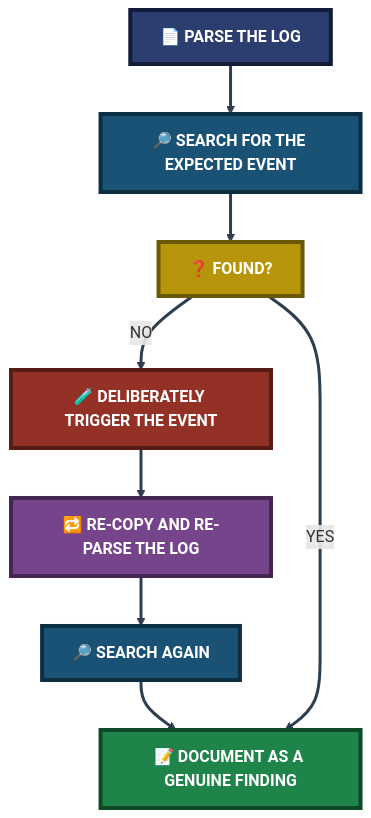
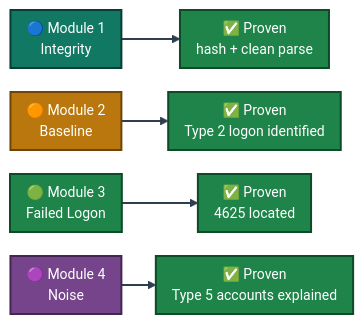
One commit to malaika-azhar/Cybersecurity-Lab-Projects changed the second of 2 diagrams in 3-Advanced-Cyber-Projects/project-14-windows-event-log-analysis/README.md. Above: the diagram before and after it, drawn with Mermaid. The commit also changed other lines of this file, not shown here.

````diff
--- a/3-Advanced-Cyber-Projects/project-14-windows-event-log-analysis/README.md
+++ b/3-Advanced-Cyber-Projects/project-14-windows-event-log-analysis/README.md
@@ -275,23 +209,14 @@
 ```mermaid
-flowchart TB
-    Parse["📄 PARSE THE LOG"]:::parseClass
-    Search["🔎 SEARCH FOR THE EXPECTED EVENT"]:::searchClass
-    Found["❓ FOUND?"]:::foundClass
-    Test["🧪 DELIBERATELY TRIGGER THE EVENT"]:::testClass
-    Reparse["🔁 RE-COPY AND RE-PARSE THE LOG"]:::reparseClass
-    Search2["🔎 SEARCH AGAIN"]:::searchClass
-    Doc["📝 DOCUMENT AS A GENUINE FINDING"]:::docClass
-
-    Parse --> Search --> Found
-    Found -->|NO| Test --> Reparse --> Search2 --> Doc
-    Found -->|YES| Doc
-
-    classDef parseClass fill:#2C3E70,stroke:#131B3A,stroke-width:4px,color:#FFFFFF,font-weight:bold
-    classDef searchClass fill:#1A5276,stroke:#0B2E43,stroke-width:4px,color:#FFFFFF,font-weight:bold
-    classDef foundClass fill:#B7950B,stroke:#6B5807,stroke-width:4px,color:#FFFFFF,font-weight:bold
-    classDef testClass fill:#943126,stroke:#571C16,stroke-width:4px,color:#FFFFFF,font-weight:bold
-    classDef reparseClass fill:#76448A,stroke:#432752,stroke-width:4px,color:#FFFFFF,font-weight:bold
-    classDef docClass fill:#1E8449,stroke:#0E4A28,stroke-width:4px,color:#FFFFFF,font-weight:bold
-
-    linkStyle default stroke:#2C3E50,stroke-width:3px
+%%{init: {'theme': 'base', 'themeVariables': {'fontSize': '14px'}, 'flowchart': {'nodeSpacing': 24, 'rankSpacing': 34, 'padding': 8}}}%%
+flowchart LR
+    M1["🔵 Module 1<br/>Integrity"]:::m1 --> P1["✅ Proven<br/>hash + clean parse"]:::ok
+    M2["🟠 Module 2<br/>Baseline"]:::m2 --> P2["✅ Proven<br/>Type 2 logon identified"]:::ok
+    M3["🟢 Module 3<br/>Failed Logon"]:::m3 --> P3["✅ Proven<br/>4625 located"]:::ok
+    M4["🟣 Module 4<br/>Noise"]:::m4 --> P4["✅ Proven<br/>Type 5 accounts explained"]:::ok
+    classDef m1 fill:#117864,stroke:#083D33,stroke-width:2px,color:#FFFFFF
+    classDef m2 fill:#B9770E,stroke:#6E4409,stroke-width:2px,color:#FFFFFF
+    classDef m3 fill:#1E8449,stroke:#0E4A28,stroke-width:2px,color:#FFFFFF
+    classDef m4 fill:#76448A,stroke:#432752,stroke-width:2px,color:#FFFFFF
+    classDef ok fill:#1E8449,stroke:#0E4A28,stroke-width:2px,color:#FFFFFF
+    linkStyle default stroke:#2C3E50,stroke-width:2px
 ```
````
